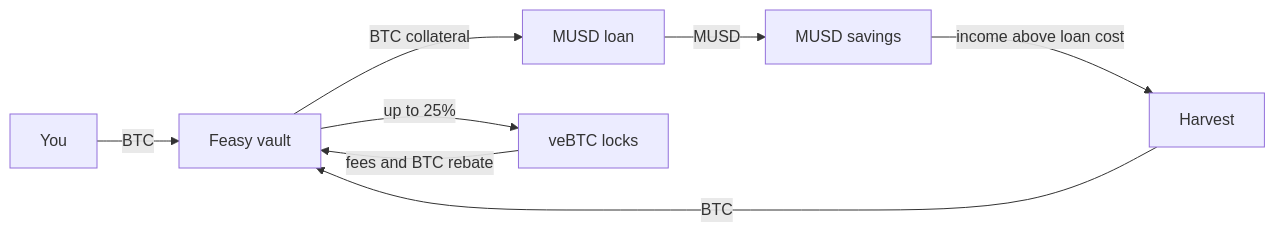
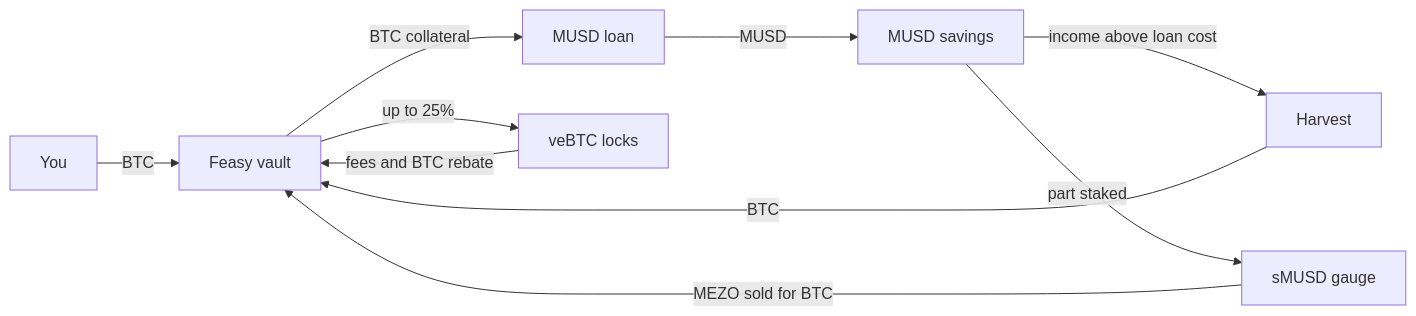
Before and after one commit to oynozan/feasy: the diagram in docs-site/content/index.mdx, drawn with Mermaid. The commit also changed other lines of this file and 11 other files, not shown here.

````diff
--- a/docs-site/content/index.mdx
+++ b/docs-site/content/index.mdx
@@ -15,10 +15,12 @@
 ```mermaid
 flowchart LR
     U[You] -->|BTC| V[Feasy vault]
     V -->|BTC collateral| T[MUSD loan]
     T -->|MUSD| S[MUSD savings]
     S -->|income above loan cost| H[Harvest]
     H -->|BTC| V
+    S -->|part staked| G[sMUSD gauge]
+    G -->|MEZO sold for BTC| V
     V -->|up to 25%| L[veBTC locks]
     L -->|fees and BTC rebate| V
 ```
````
